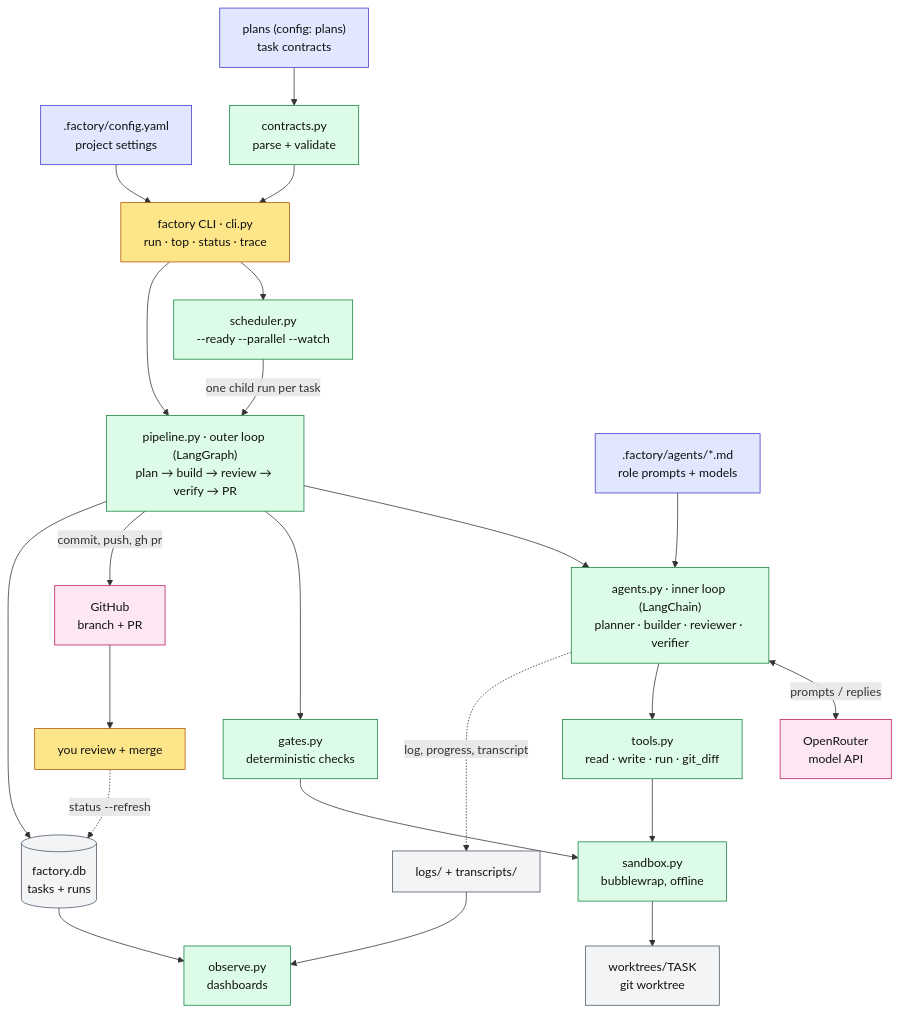
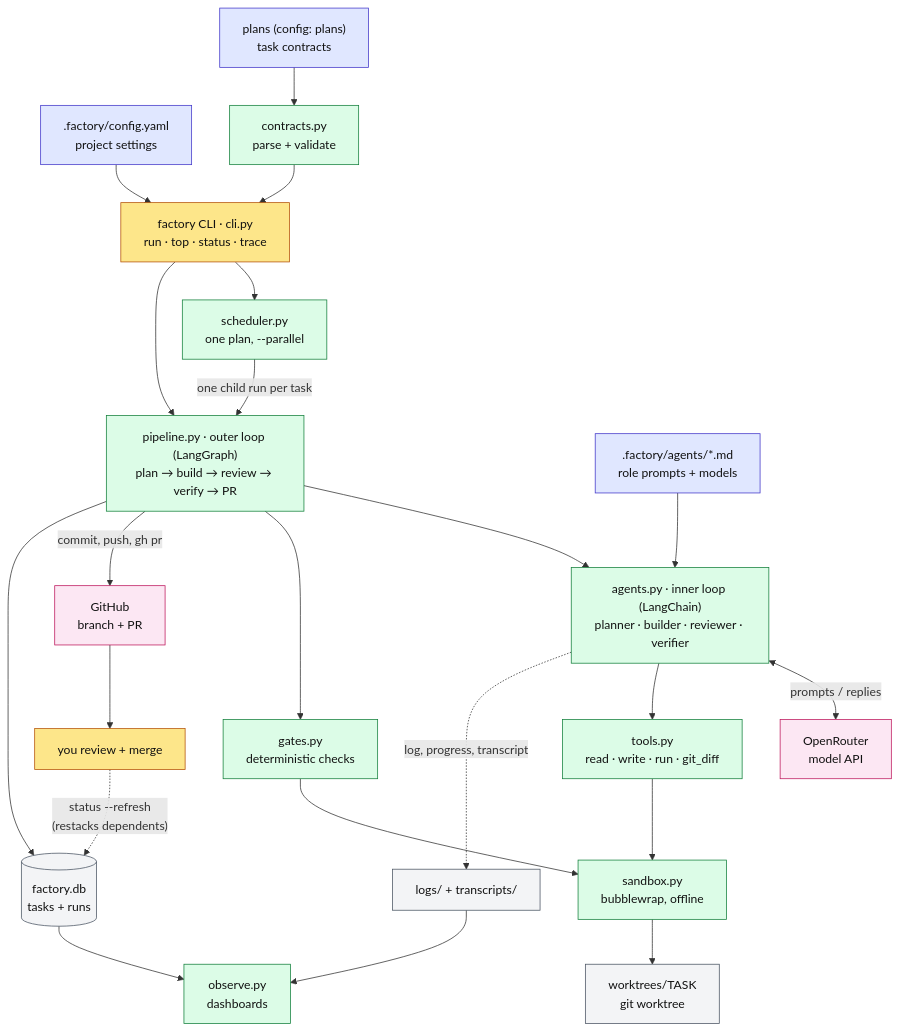
One commit to PaddyMc/software-factory changed the first of 5 diagrams in README.md. Above: the diagram before and after it, drawn with Mermaid. The commit also changed other lines of this file and 33 other files, not shown here.

````diff
--- a/README.md
+++ b/README.md
@@ -40,45 +41,45 @@
 ```mermaid
 flowchart TB
   Plans["plans (config: plans)<br/>task contracts"]:::repo
   Config[".factory/config.yaml<br/>project settings"]:::repo
   CLI["factory CLI · cli.py<br/>run · top · status · trace"]:::you
   Contracts["contracts.py<br/>parse + validate"]:::core
-  Sched["scheduler.py<br/>--ready --parallel --watch"]:::core
+  Sched["scheduler.py<br/>one plan, --parallel"]:::core
   Pipe["pipeline.py · outer loop (LangGraph)<br/>plan → build → review → verify → PR"]:::core
   Roles[".factory/agents/*.md<br/>role prompts + models"]:::repo
   Agents["agents.py · inner loop (LangChain)<br/>planner · builder · reviewer · verifier"]:::core
   Gates["gates.py<br/>deterministic checks"]:::core
   Tools["tools.py<br/>read · write · run · git_diff"]:::core
   Sandbox["sandbox.py<br/>bubblewrap, offline"]:::core
   OR["OpenRouter<br/>model API"]:::ext
   GH["GitHub<br/>branch + PR"]:::ext
   WT["worktrees/TASK<br/>git worktree"]:::state
   DB[("factory.db<br/>tasks + runs")]:::state
   Files["logs/ + transcripts/"]:::state
   Obs["observe.py<br/>dashboards"]:::core
   Merge["you review + merge"]:::you
 
   Plans --> Contracts --> CLI
   Config --> CLI
   CLI --> Sched -->|"one child run per task"| Pipe
   CLI --> Pipe
   Roles --> Agents
   Pipe --> Agents
   Pipe --> Gates
   Agents <-->|"prompts / replies"| OR
   Agents --> Tools --> Sandbox
   Gates --> Sandbox
   Sandbox --> WT
   Pipe -->|"commit, push, gh pr"| GH --> Merge
   Pipe --> DB
   Agents -.->|"log, progress, transcript"| Files
-  Merge -.->|"status --refresh"| DB
+  Merge -.->|"status --refresh<br/>(restacks dependents)"| DB
   DB --> Obs
   Files --> Obs
 
   classDef you fill:#fde68a,stroke:#b45309,color:#111
   classDef repo fill:#e0e7ff,stroke:#4338ca,color:#111
   classDef core fill:#dcfce7,stroke:#15803d,color:#111
   classDef state fill:#f3f4f6,stroke:#4b5563,color:#111
   classDef ext fill:#fce7f3,stroke:#be185d,color:#111
 ```
````
